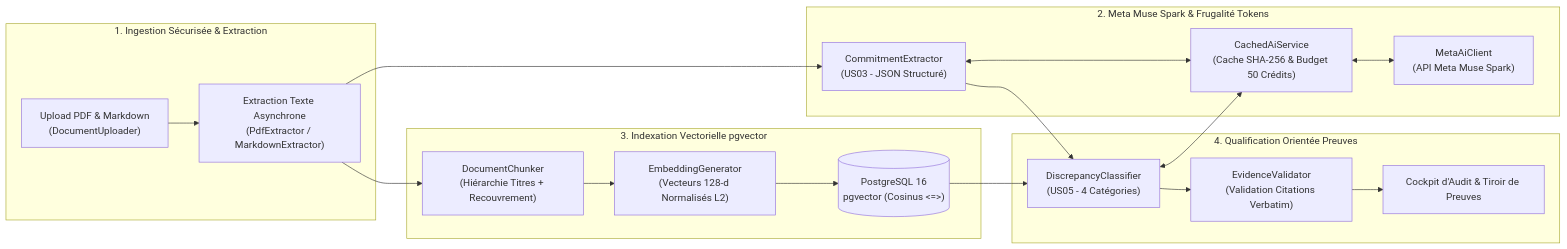
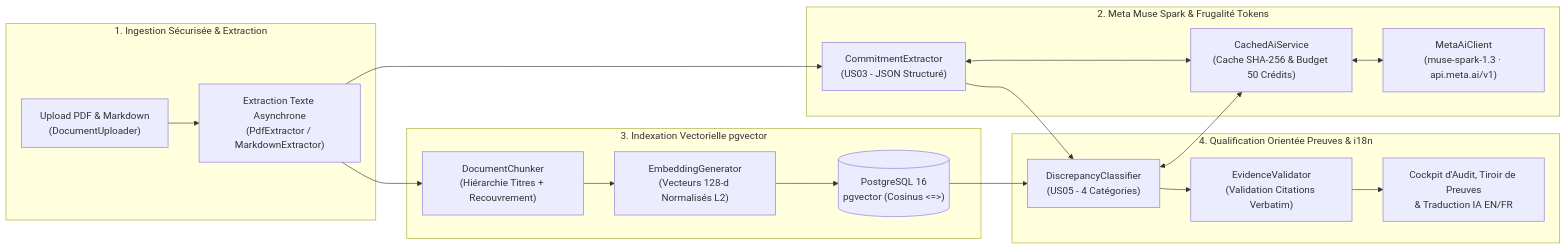
One commit to Gw3nhael51/promiseGap changed the diagram in README_FR.md. Above: the diagram before and after it, drawn with Mermaid. The commit also changed other lines of this file and 1 other file, not shown here.

Commit message:
docs: update README.md and README_FR.md with CI badge, muse-spark-1.3 config, EN/FR i18n and sample PDFs

````diff
--- a/README_FR.md
+++ b/README_FR.md
@@ -35,26 +42,26 @@
 ```mermaid
 flowchart LR
     subgraph Ingestion["1. Ingestion Sécurisée & Extraction"]
         U["Upload PDF & Markdown\n(DocumentUploader)"] --> E["Extraction Texte Asynchrone\n(PdfExtractor / MarkdownExtractor)"]
     end
 
     subgraph AI["2. Meta Muse Spark & Frugalité Tokens"]
         E --> CE["CommitmentExtractor\n(US03 - JSON Structuré)"]
         CE <--> C["CachedAiService\n(Cache SHA-256 & Budget 50 Crédits)"]
-        C <--> M["MetaAiClient\n(API Meta Muse Spark)"]
+        C <--> M["MetaAiClient\n(muse-spark-1.3 · api.meta.ai/v1)"]
     end
 
     subgraph RAG["3. Indexation Vectorielle pgvector"]
         E --> DC["DocumentChunker\n(Hiérarchie Titres + Recouvrement)"]
         DC --> EG["EmbeddingGenerator\n(Vecteurs 128-d Normalisés L2)"]
         EG --> PG[("PostgreSQL 16\npgvector (Cosinus <=>)")]
     end
 
-    subgraph Qualification["4. Qualification Orientée Preuves"]
+    subgraph Qualification["4. Qualification Orientée Preuves & i18n"]
         CE --> DQ["DiscrepancyClassifier\n(US05 - 4 Catégories)"]
         PG --> DQ
         DQ <--> C
         DQ --> EV["EvidenceValidator\n(Validation Citations Verbatim)"]
-        EV --> UI["Cockpit d'Audit & Tiroir de Preuves"]
+        EV --> UI["Cockpit d'Audit, Tiroir de Preuves\n& Traduction IA EN/FR"]
     end
 ```
````
